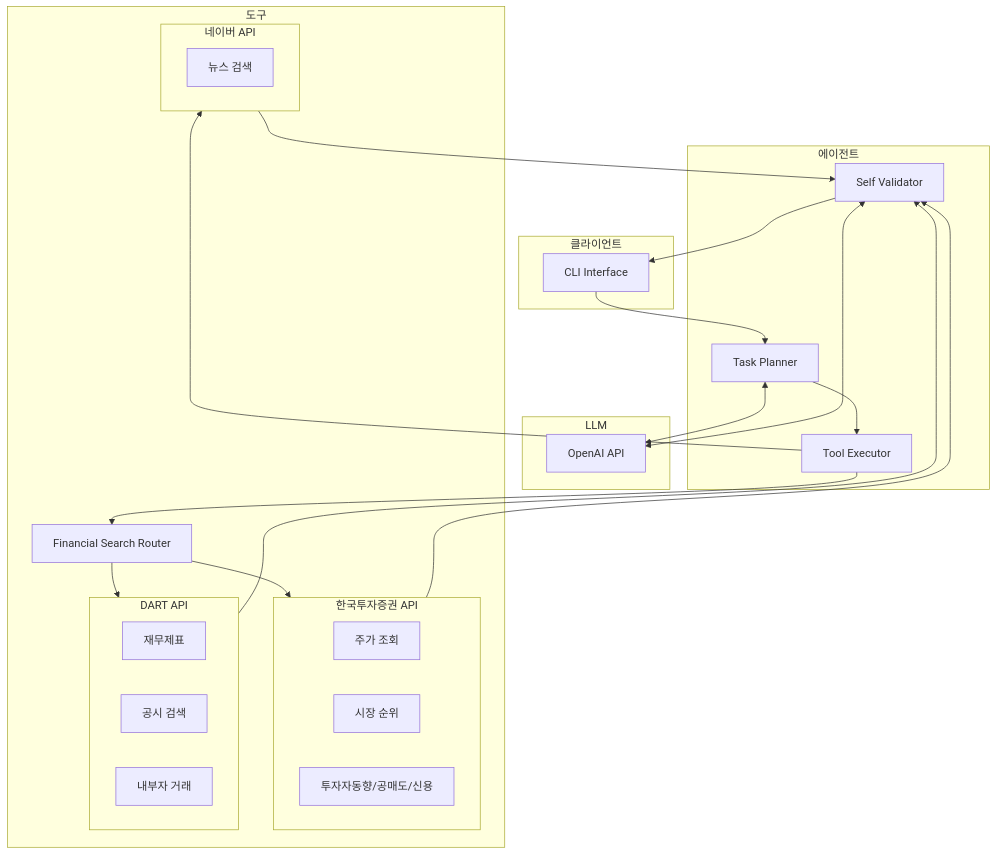
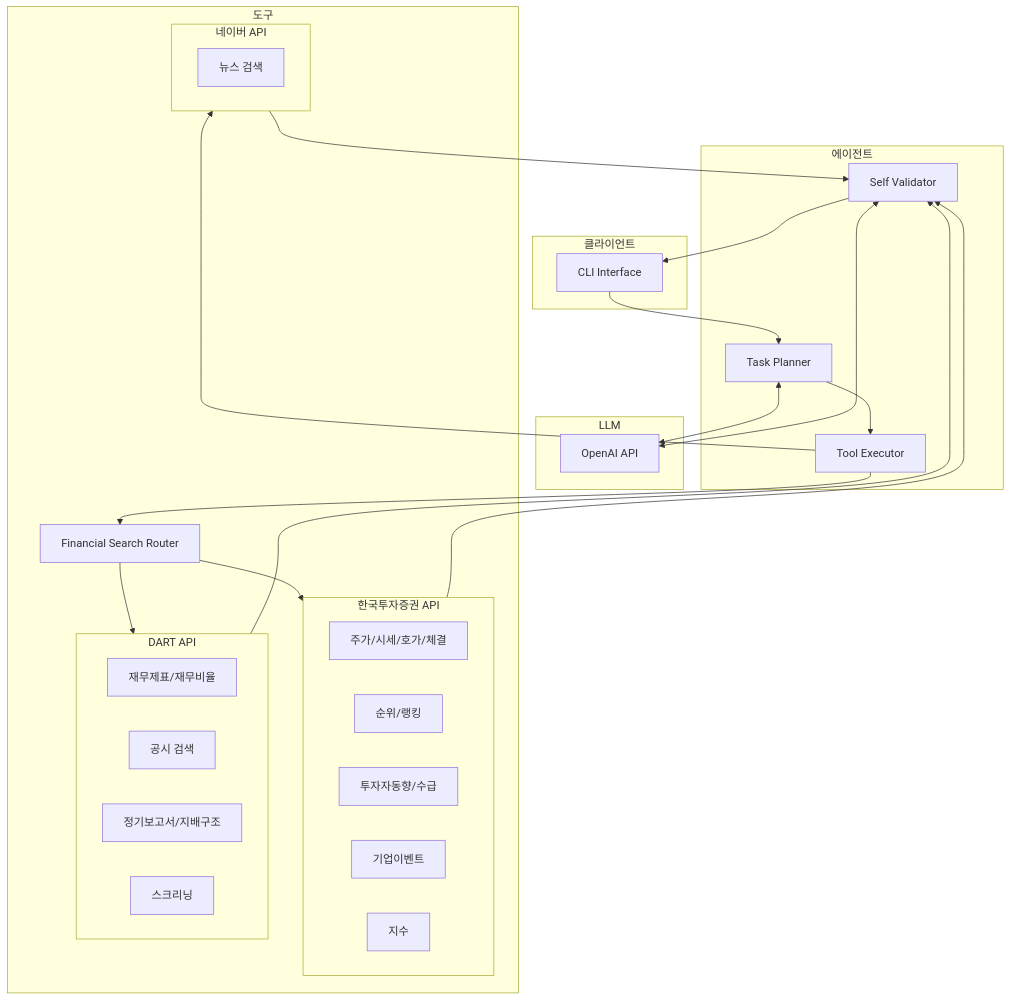
One commit to Baejw0111/dexter-for-korean-market changed the diagram in README.md. Above: the diagram before and after it, drawn with Mermaid. The commit also changed other lines of this file and 3 other files, not shown here.

````diff
--- a/README.md
+++ b/README.md
@@ -172,49 +249,52 @@
 ```mermaid
 flowchart TB
     subgraph Client[클라이언트]
         CLI[CLI Interface]
     end
 
     subgraph Agent[에이전트]
         Planner[Task Planner]
         Executor[Tool Executor]
         Validator[Self Validator]
     end
 
     subgraph LLM[LLM]
         OpenAI[OpenAI API]
     end
 
     subgraph Tools[도구]
         Router[Financial Search Router]
 
         subgraph KIS[한국투자증권 API]
-            Prices[주가 조회]
-            Market[시장 순위]
-            KoreaSpecific[투자자동향/공매도/신용]
+            Prices[주가/시세/호가/체결]
+            Ranking[순위/랭킹]
+            Investor[투자자동향/수급]
+            Corporate[기업이벤트]
+            Index[지수]
         end
 
         subgraph DART[DART API]
-            Fundamentals[재무제표]
+            Fundamentals[재무제표/재무비율]
             Disclosures[공시 검색]
-            Insider[내부자 거래]
+            PeriodicReport[정기보고서/지배구조]
+            Screening[스크리닝]
         end
 
         subgraph Naver[네이버 API]
             News[뉴스 검색]
         end
     end
 
     CLI --> Planner
     Planner <--> OpenAI
     Planner --> Executor
     Executor --> Router
     Router --> KIS
     Router --> DART
     Executor --> Naver
     KIS --> Validator
     DART --> Validator
     Naver --> Validator
     Validator <--> OpenAI
     Validator --> CLI
 ```
````
